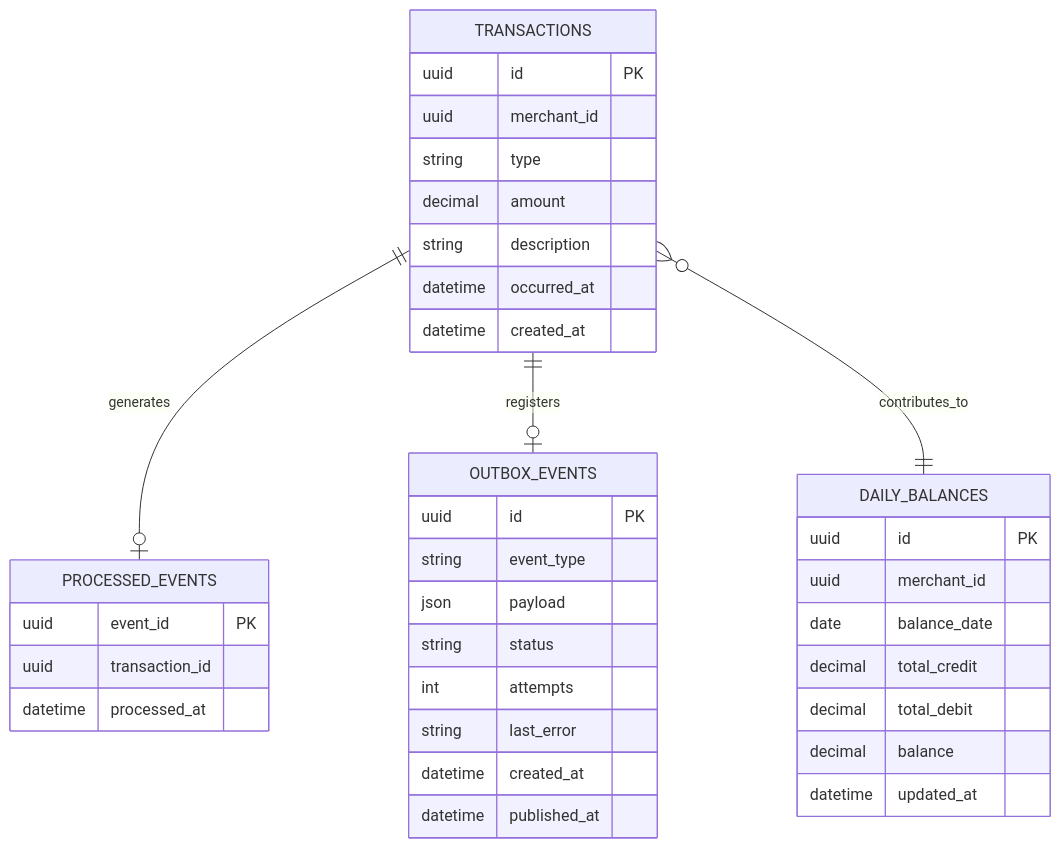
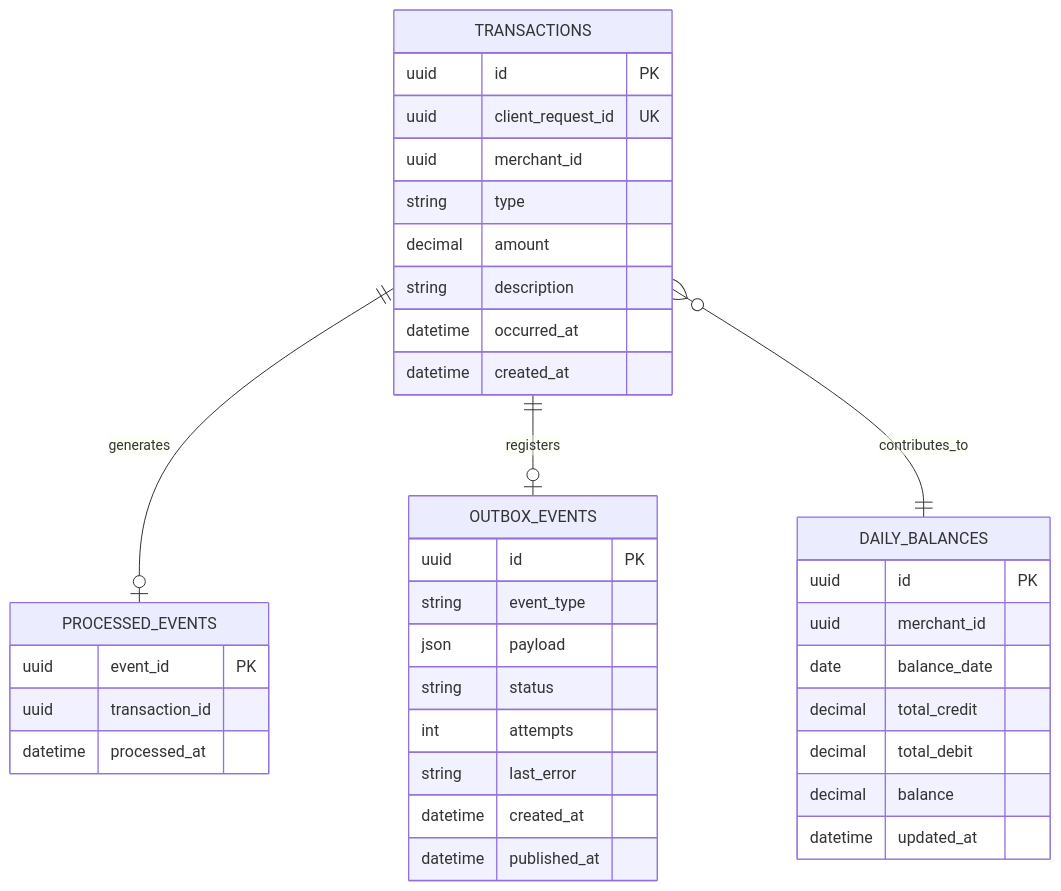
The ninth of 10 diagrams in docs/architecture.md (evosoftwares/cashflow-challenge-Gabriel), drawn with Mermaid before and after one commit. The commit also changed other lines of this file and 21 other files, not shown here.

````diff
--- a/docs/architecture.md
+++ b/docs/architecture.md
@@ -241,39 +281,40 @@
 ```mermaid
 erDiagram
     TRANSACTIONS {
         uuid id PK
+        uuid client_request_id UK
         uuid merchant_id
         string type
         decimal amount
         string description
         datetime occurred_at
         datetime created_at
     }
     DAILY_BALANCES {
         uuid id PK
         uuid merchant_id
         date balance_date
         decimal total_credit
         decimal total_debit
         decimal balance
         datetime updated_at
     }
     PROCESSED_EVENTS {
         uuid event_id PK
         uuid transaction_id
         datetime processed_at
     }
     OUTBOX_EVENTS {
         uuid id PK
         string event_type
         json payload
         string status
         int attempts
         string last_error
         datetime created_at
         datetime published_at
     }
     TRANSACTIONS ||--o| PROCESSED_EVENTS : generates
     TRANSACTIONS ||--o| OUTBOX_EVENTS : registers
     TRANSACTIONS }o--|| DAILY_BALANCES : contributes_to
 ```
````
